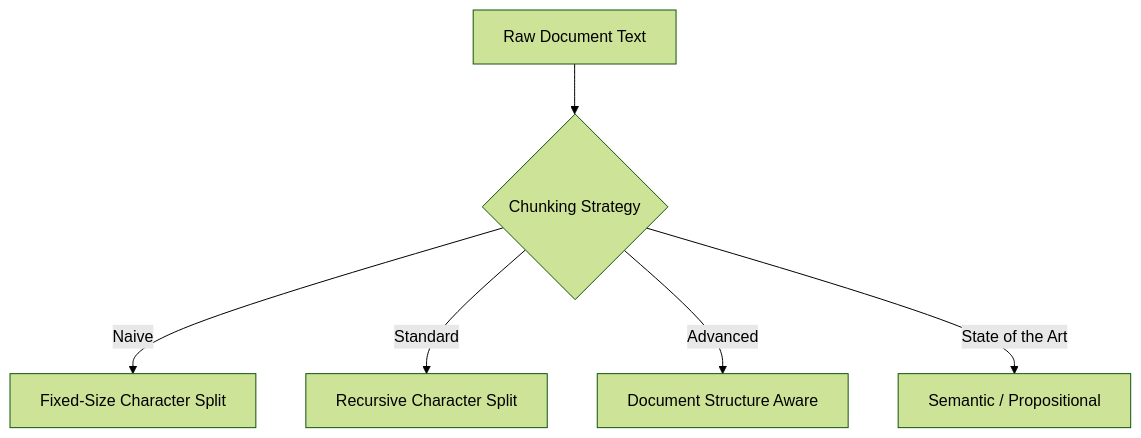
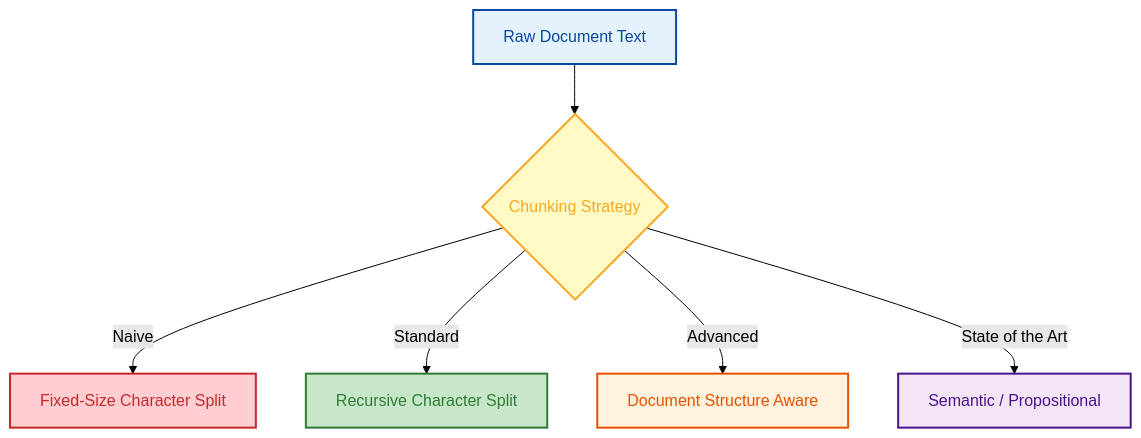
Before and after one commit to GyanendraChaubey/AI-Engineering-Notes: the second of 4 diagrams in docs/03-chunking/README.md, drawn with Mermaid (forest theme). The commit also changed other lines of this file and 15 other files, not shown here.

Commit message:
style: apply light color palette to remaining Mermaid diagrams (docs 15 & 16)

````diff
--- a/docs/03-chunking/README.md
+++ b/docs/03-chunking/README.md
@@ -57,8 +59,14 @@
 ```mermaid
 flowchart TD
     A[Raw Document Text] --> B{"Chunking Strategy"}
     B -->|Naive| C[Fixed-Size Character Split]
     B -->|Standard| D[Recursive Character Split]
     B -->|Advanced| E[Document Structure Aware]
     B -->|State of the Art| F[Semantic / Propositional]
+    style A fill:#e3f2fd,stroke:#0d47a1,stroke-width:2px,color:#0d47a1
+    style B fill:#fff9c4,stroke:#f9a825,stroke-width:2px,color:#f9a825
+    style C fill:#ffcdd2,stroke:#c62828,stroke-width:2px,color:#c62828
+    style D fill:#c8e6c9,stroke:#2e7d32,stroke-width:2px,color:#2e7d32
+    style E fill:#fff3e0,stroke:#e65100,stroke-width:2px,color:#e65100
+    style F fill:#f3e5f5,stroke:#4a148c,stroke-width:2px,color:#4a148c
 ```
````
